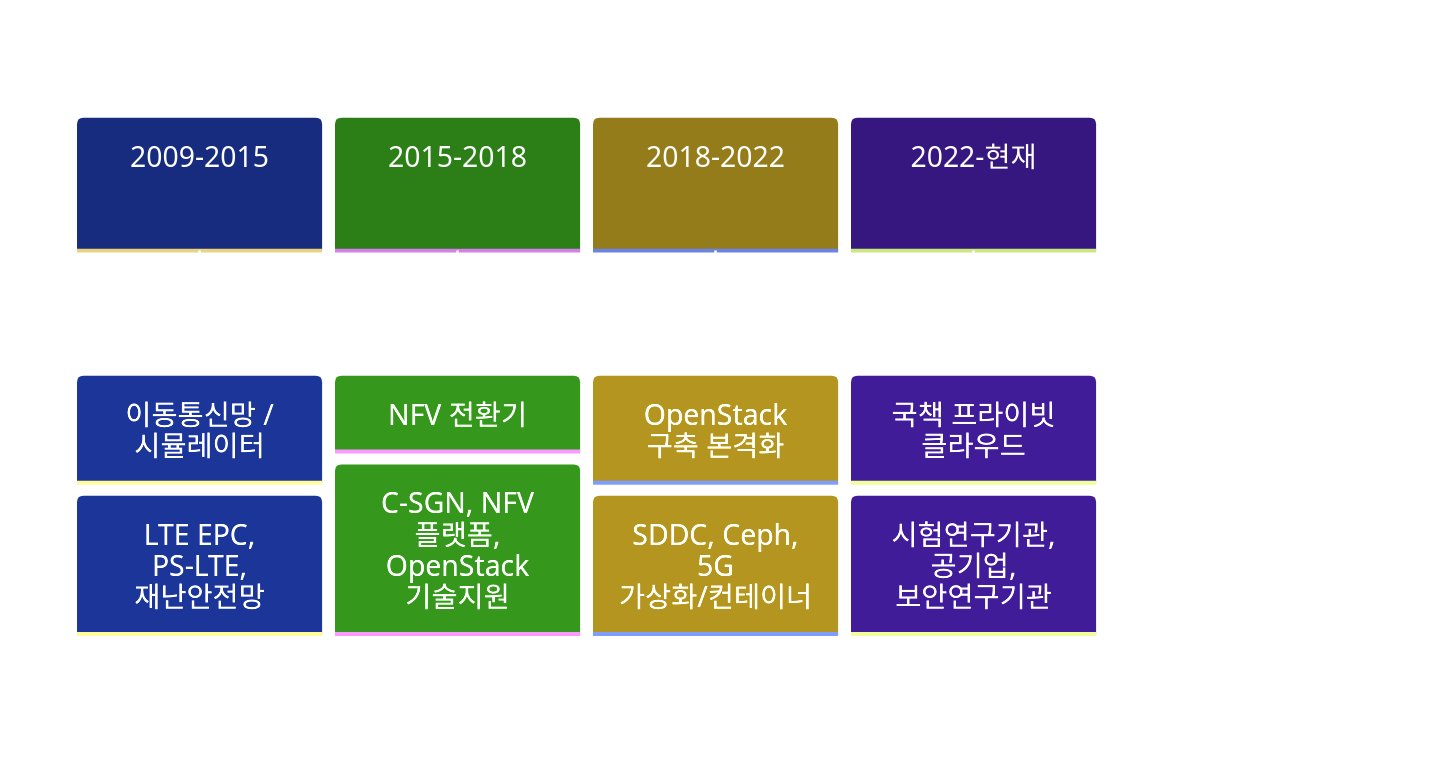
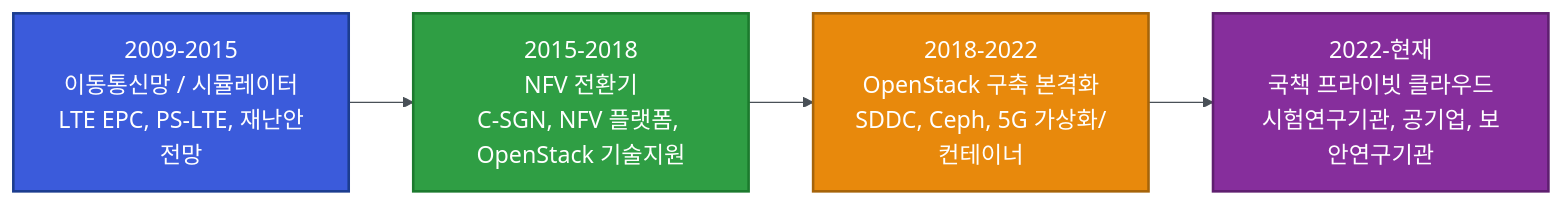
One commit to hkjeon/pf-mkdocs changed the diagram in docs/about/career.md. Above: the diagram before and after it, drawn with Mermaid.

Commit message:
redesign: 도메인 전환 궁적을 flowchart(흐름도)로 재구성

````diff
--- a/docs/about/career.md
+++ b/docs/about/career.md
@@ -7,13 +7,23 @@
 ```mermaid
-%%{init: {'theme':'base', 'themeVariables': {'fontSize':'22px','primaryColor':'#3b5bdb','primaryTextColor':'#ffffff','primaryBorderColor':'#1c3d8f','lineColor':'#495057','titleColor':'#212529'}}}%%
-timeline
-    title 기술 도메인 전환
-    2009-2015 : 이동통신망 / 시뮬레이터
-              : LTE EPC, PS-LTE, 재난안전망
-    2015-2018 : NFV 전환기
-              : C-SGN, NFV 플랫폼, OpenStack 기술지원
-    2018-2022 : OpenStack 구축 본격화
-              : SDDC, Ceph, 5G 가상화/컨테이너
-    2022-현재  : 국책 프라이빗 클라우드
-              : 시험연구기관, 공기업, 보안연구기관
+%%{init: {'theme':'base', 'themeVariables': {'fontSize':'18px','primaryColor':'#3b5bdb','primaryTextColor':'#ffffff','primaryBorderColor':'#1c3d8f','lineColor':'#495057'}}}%%
+flowchart LR
+    A["2009-2015
+이동통신망 / 시뮬레이터
+LTE EPC, PS-LTE, 재난안전망"]
+    B["2015-2018
+NFV 전환기
+C-SGN, NFV 플랫폼, OpenStack 기술지원"]
+    C["2018-2022
+OpenStack 구축 본격화
+SDDC, Ceph, 5G 가상화/컨테이너"]
+    D["2022-현재
+국책 프라이빗 클라우드
+시험연구기관, 공기업, 보안연구기관"]
+
+    A --> B --> C --> D
+
+    style A fill:#3b5bdb,color:#ffffff,stroke:#1c3d8f,stroke-width:2px
+    style B fill:#2f9e44,color:#ffffff,stroke:#1c7a2e,stroke-width:2px
+    style C fill:#e8890c,color:#ffffff,stroke:#a6640a,stroke-width:2px
+    style D fill:#862e9c,color:#ffffff,stroke:#5f1f70,stroke-width:2px
 ```
````
